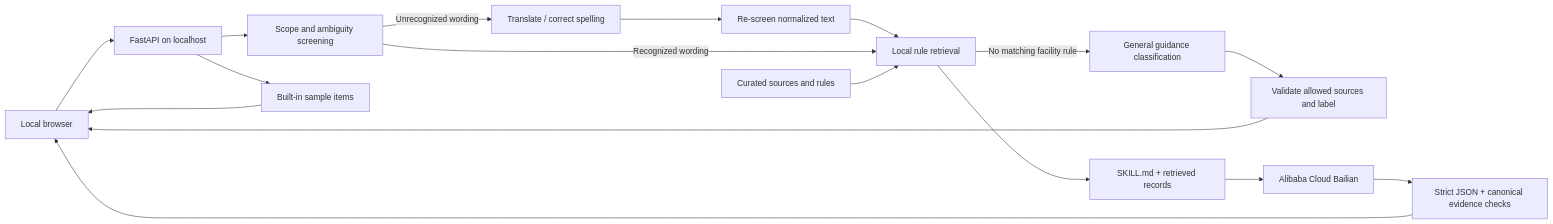
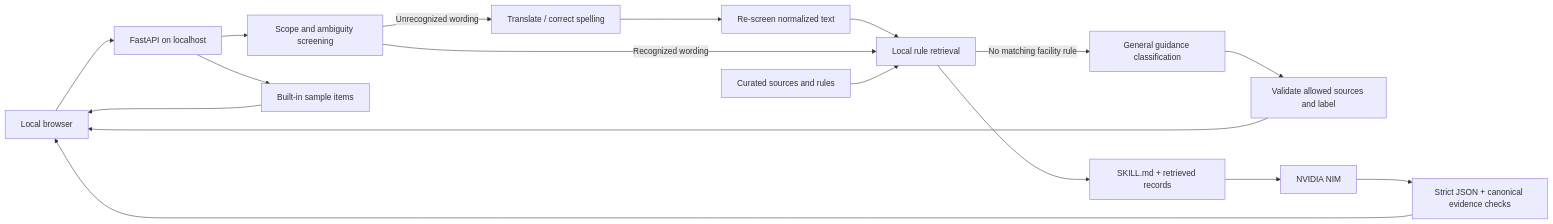
Before and after one commit to pzdmmsd/HKU-Recycling-Helper: the diagram in docs/architecture.md, drawn with Mermaid. The commit also changed 11 other files, not shown here.

Commit message:
Switch live AI provider to NVIDIA Nemotron 3.5 Lightning

````diff
--- a/docs/architecture.md
+++ b/docs/architecture.md
@@ -3,19 +3,19 @@
 ```mermaid
 flowchart LR
     Browser[Local browser] --> API[FastAPI on localhost]
     API --> Screen[Scope and ambiguity screening]
     Screen -->|Unrecognized wording| Normalize[Translate / correct spelling]
     Normalize --> Screen2[Re-screen normalized text]
     Screen2 --> Retrieve[Local rule retrieval]
     Screen -->|Recognized wording| Retrieve
     Retrieve -->|No matching facility rule| General[General guidance classification]
     General --> ValidateGeneral[Validate allowed sources and label]
     ValidateGeneral --> Browser
     Sources[Curated sources and rules] --> Retrieve
     Retrieve --> Prompt[SKILL.md + retrieved records]
-    Prompt --> Provider[Alibaba Cloud Bailian]
+    Prompt --> Provider[NVIDIA NIM]
     Provider --> Validate[Strict JSON + canonical evidence checks]
     Validate --> Browser
     API --> Samples[Built-in sample items]
     Samples --> Browser
 ```
````
